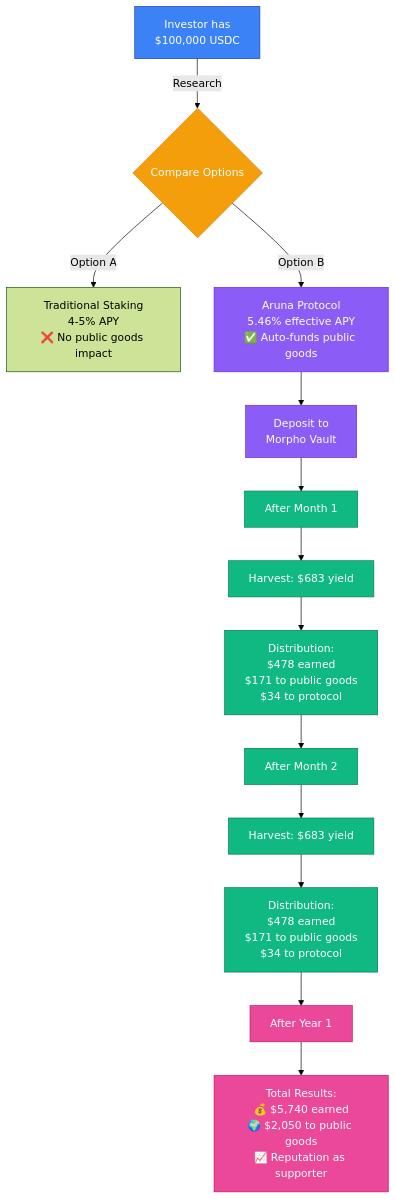
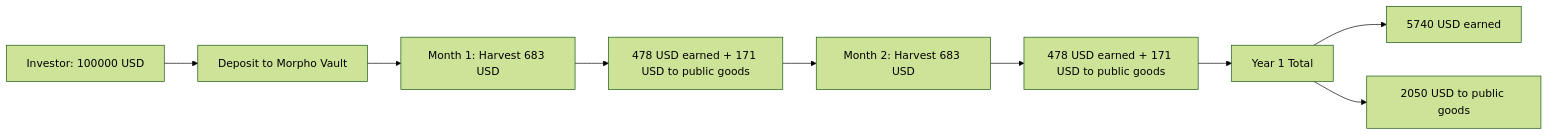
One commit to yeheskieltame/Aruna changed the second of 7 diagrams in docs/use-cases.md. Above: the diagram before and after it, drawn with Mermaid (forest theme). The commit also changed other lines of this file and 7 other files, not shown here.

````diff
--- a/docs/use-cases.md
+++ b/docs/use-cases.md
@@ -53,33 +51,11 @@
 ```mermaid
-graph TB
-    START[Investor has<br/>$100,000 USDC] -->|Research| COMPARE{Compare Options}
-
-    COMPARE -->|Option A| TRAD[Traditional Staking<br/>4-5% APY<br/>❌ No public goods impact]
-    COMPARE -->|Option B| ARUNA[Aruna Protocol<br/>5.46% effective APY<br/>✅ Auto-funds public goods]
-
-    ARUNA --> DEPOSIT[Deposit to<br/>Morpho Vault]
-
-    DEPOSIT --> MONTH1[After Month 1]
-    MONTH1 --> HARVEST1[Harvest: $683 yield]
-    HARVEST1 --> SPLIT1[Distribution:<br/>$478 earned<br/>$171 to public goods<br/>$34 to protocol]
-
-    SPLIT1 --> MONTH2[After Month 2]
-    MONTH2 --> HARVEST2[Harvest: $683 yield]
-    HARVEST2 --> SPLIT2[Distribution:<br/>$478 earned<br/>$171 to public goods<br/>$34 to protocol]
-
-    SPLIT2 --> YEAR1[After Year 1]
-
-    YEAR1 --> RESULTS[Total Results:<br/>💰 $5,740 earned<br/>🌍 $2,050 to public goods<br/>📈 Reputation as supporter]
-
-    classDef startClass fill:#3B82F6,stroke:#1E40AF,color:#fff
-    classDef compareClass fill:#F59E0B,stroke:#D97706,color:#fff
-    classDef arunaClass fill:#8B5CF6,stroke:#6D28D9,color:#fff
-    classDef goodClass fill:#10B981,stroke:#047857,color:#fff
-    classDef resultClass fill:#EC4899,stroke:#BE185D,color:#fff
-
-    class START startClass
-    class COMPARE compareClass
-    class ARUNA,DEPOSIT arunaClass
-    class MONTH1,MONTH2,HARVEST1,HARVEST2,SPLIT1,SPLIT2 goodClass
-    class YEAR1,RESULTS resultClass
+graph LR
+    A[Investor: 100000 USD] --> B[Deposit to Morpho Vault]
+    B --> C[Month 1: Harvest 683 USD]
+    C --> D[478 USD earned + 171 USD to public goods]
+    D --> E[Month 2: Harvest 683 USD]
+    E --> F[478 USD earned + 171 USD to public goods]
+    F --> G[Year 1 Total]
+    G --> H[5740 USD earned]
+    G --> I[2050 USD to public goods]
 ```
````
